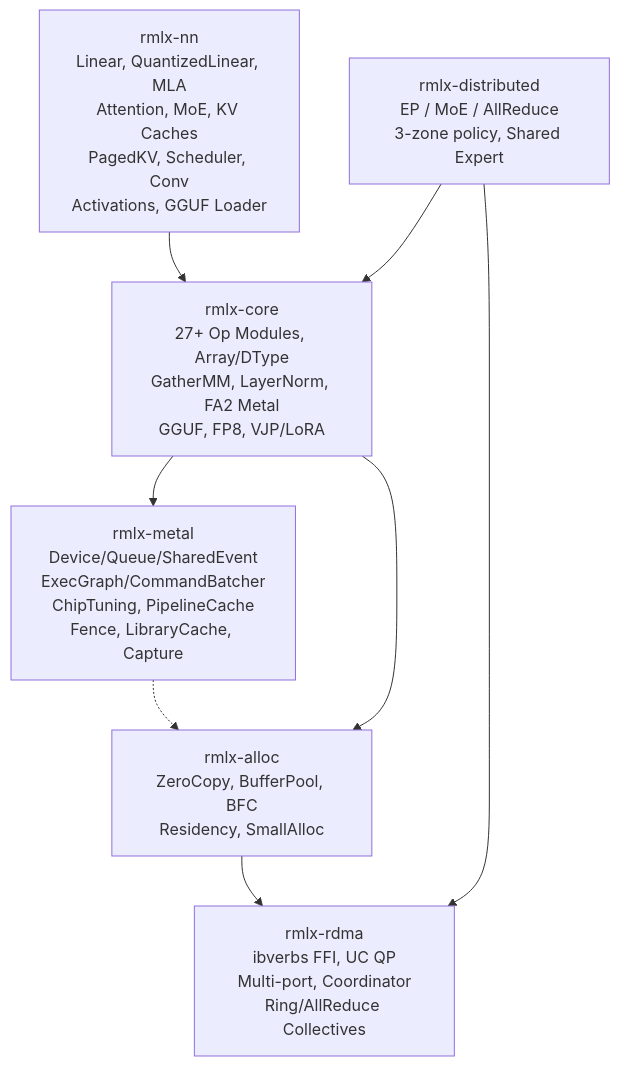
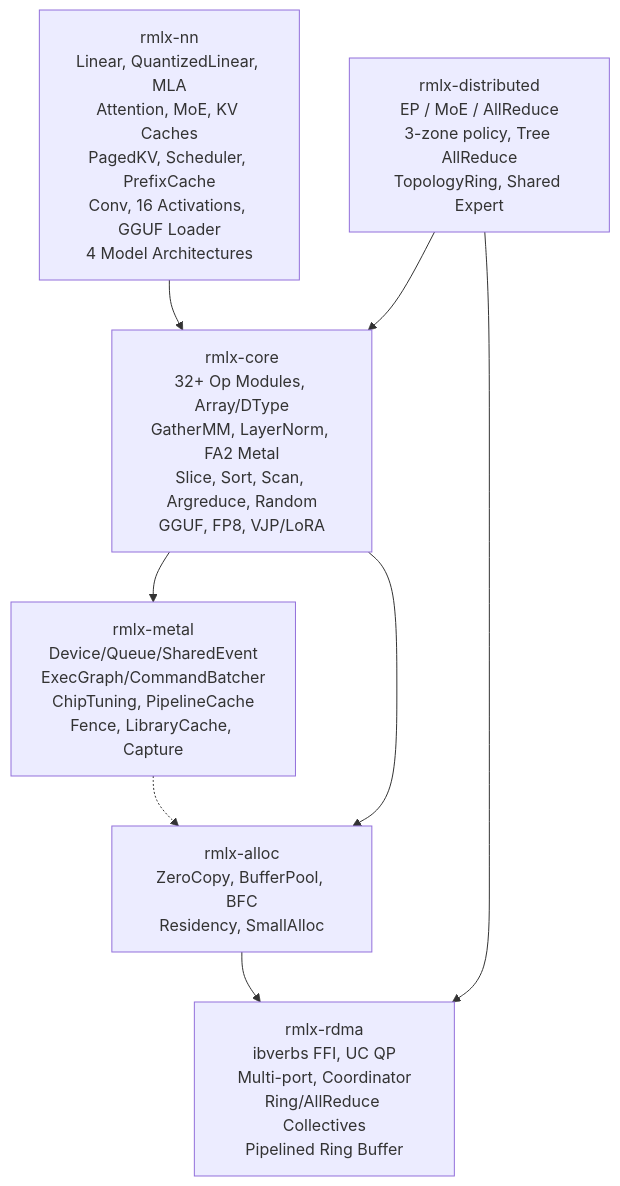
The diagram in README.md (0xDaizz/RMLX), drawn with Mermaid before and after one commit. The commit also changed other lines of this file and 38 other files, not shown here.

First line of the commit message:
feat: Phase 5 — feature breadth with multi-model support and new ops

````diff
--- a/README.md
+++ b/README.md
@@ -91,17 +99,17 @@
 ```mermaid
 graph TD
-    NN["rmlx-nn<br/>Linear, QuantizedLinear, MLA<br/>Attention, MoE, KV Caches<br/>PagedKV, Scheduler, Conv<br/>Activations, GGUF Loader"]
-    CORE["rmlx-core<br/>27+ Op Modules, Array/DType<br/>GatherMM, LayerNorm, FA2 Metal<br/>GGUF, FP8, VJP/LoRA"]
-    DIST["rmlx-distributed<br/>EP / MoE / AllReduce<br/>3-zone policy, Shared Expert"]
+    NN["rmlx-nn<br/>Linear, QuantizedLinear, MLA<br/>Attention, MoE, KV Caches<br/>PagedKV, Scheduler, PrefixCache<br/>Conv, 16 Activations, GGUF Loader<br/>4 Model Architectures"]
+    CORE["rmlx-core<br/>32+ Op Modules, Array/DType<br/>GatherMM, LayerNorm, FA2 Metal<br/>Slice, Sort, Scan, Argreduce, Random<br/>GGUF, FP8, VJP/LoRA"]
+    DIST["rmlx-distributed<br/>EP / MoE / AllReduce<br/>3-zone policy, Tree AllReduce<br/>TopologyRing, Shared Expert"]
     METAL["rmlx-metal<br/>Device/Queue/SharedEvent<br/>ExecGraph/CommandBatcher<br/>ChipTuning, PipelineCache<br/>Fence, LibraryCache, Capture"]
     ALLOC["rmlx-alloc<br/>ZeroCopy, BufferPool, BFC<br/>Residency, SmallAlloc"]
-    RDMA["rmlx-rdma<br/>ibverbs FFI, UC QP<br/>Multi-port, Coordinator<br/>Ring/AllReduce Collectives"]
+    RDMA["rmlx-rdma<br/>ibverbs FFI, UC QP<br/>Multi-port, Coordinator<br/>Ring/AllReduce Collectives<br/>Pipelined Ring Buffer"]
 
     NN --> CORE
     CORE --> METAL
     CORE --> ALLOC
     DIST --> CORE
     DIST --> RDMA
     ALLOC --> RDMA
     METAL -.-> ALLOC
 ```
````
